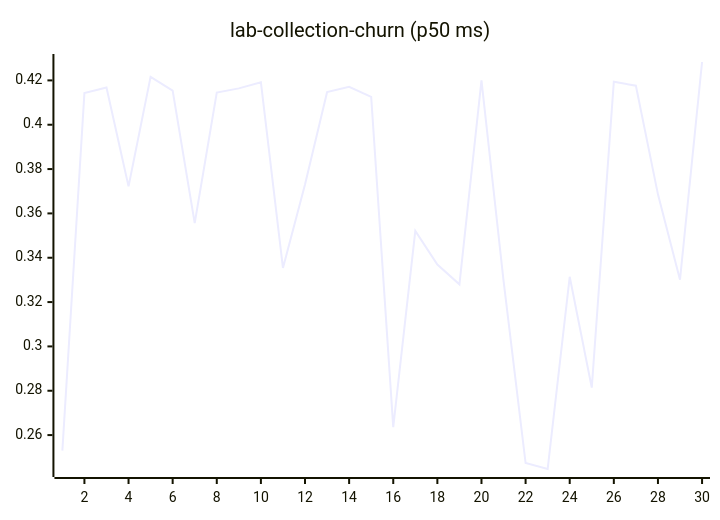
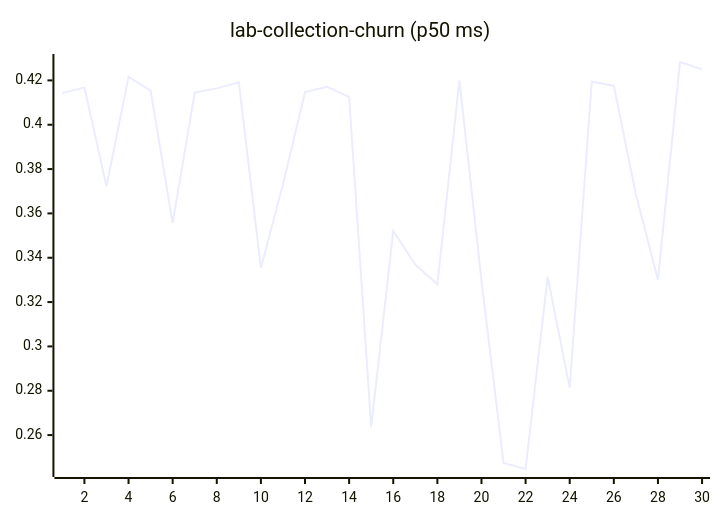
Diagram 11 of 27 in README.md (josha/Facet), drawn with Mermaid before and after one commit. The commit also changed other lines of this file and 2 other files, not shown here.

````diff
--- a/README.md
+++ b/README.md
@@ -133,6 +133,6 @@
 ```mermaid
 xychart-beta
     title "lab-collection-churn (p50 ms)"
     x-axis 1 --> 30
-    line [0.2530, 0.4143, 0.4168, 0.3722, 0.4216, 0.4154, 0.3556, 0.4145, 0.4164, 0.4192, 0.3354, 0.3730, 0.4147, 0.4171, 0.4126, 0.2636, 0.3521, 0.3369, 0.3280, 0.4200, 0.3297, 0.2474, 0.2447, 0.3314, 0.2814, 0.4194, 0.4176, 0.3686, 0.3301, 0.4283]
+    line [0.4143, 0.4168, 0.3722, 0.4216, 0.4154, 0.3556, 0.4145, 0.4164, 0.4192, 0.3354, 0.3730, 0.4147, 0.4171, 0.4126, 0.2636, 0.3521, 0.3369, 0.3280, 0.4200, 0.3297, 0.2474, 0.2447, 0.3314, 0.2814, 0.4194, 0.4176, 0.3686, 0.3301, 0.4283, 0.4250]
 ```
````
